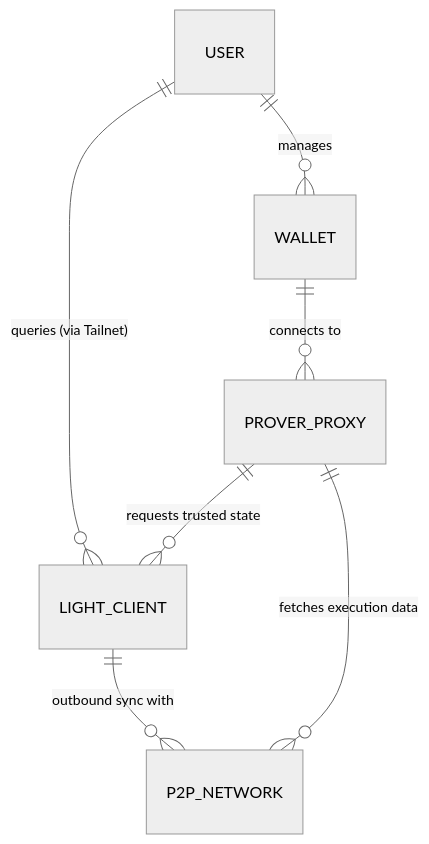
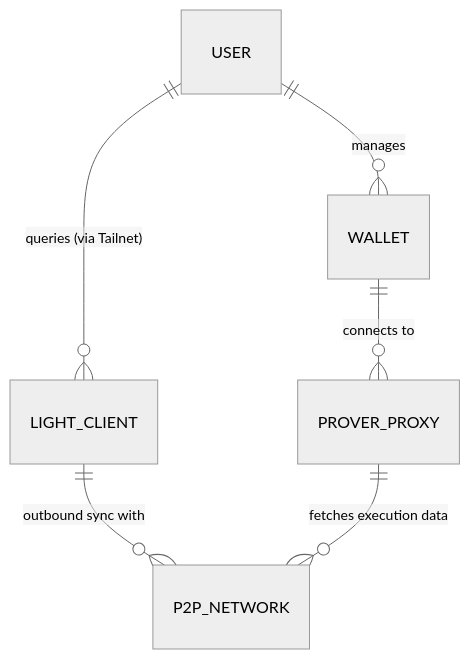
One commit to vfr750y/Cost-Optimized-Ethereum-Node-On-Azure changed the first of 4 diagrams in HighLevelDesign.md. Above: the diagram before and after it, drawn with Mermaid (neutral theme). The commit also changed other lines of this file, not shown here.

````diff
--- a/HighLevelDesign.md
+++ b/HighLevelDesign.md
@@ -15,9 +8,8 @@
 ```mermaid
 erDiagram
     USER ||--o{ WALLET : "manages"
     USER ||--o{ LIGHT_CLIENT : "queries (via Tailnet)"
     WALLET ||--o{ PROVER_PROXY : "connects to"
-    PROVER_PROXY ||--o{ LIGHT_CLIENT : "requests trusted state"
     LIGHT_CLIENT ||--o{ P2P_NETWORK : "outbound sync with"
     PROVER_PROXY ||--o{ P2P_NETWORK : "fetches execution data"
 ```
````
